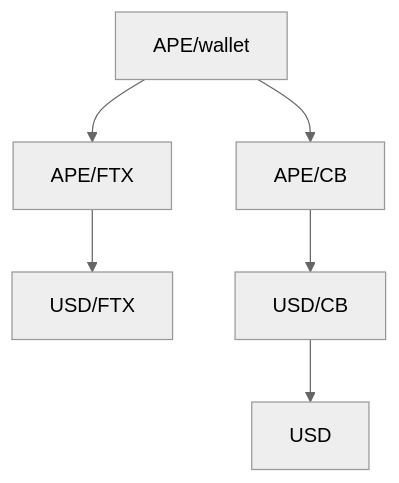
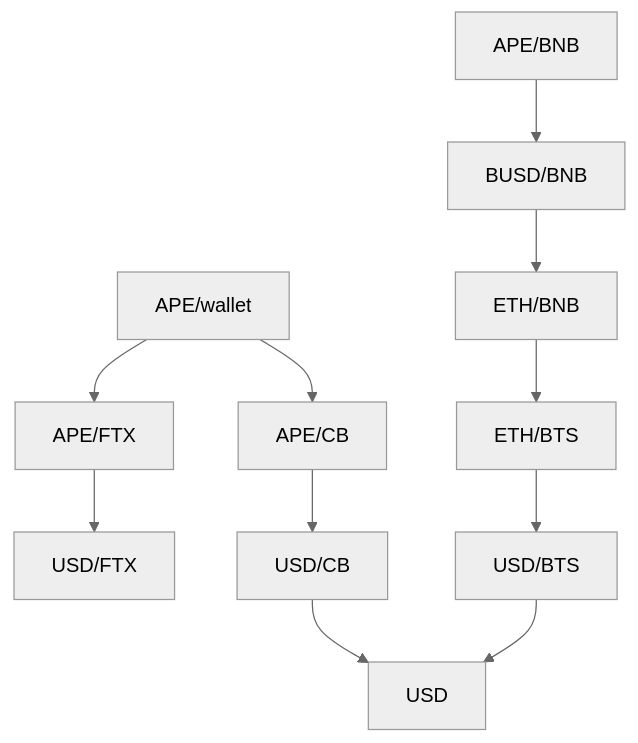
One commit to Ramzgate/sense changed the second of 2 diagrams in README.md. Above: the diagram before and after it, drawn with Mermaid (neutral theme).

````diff
--- a/README.md
+++ b/README.md
@@ -28,8 +28,13 @@
 ```mermaid
 graph TD
   G["APE/wallet"] --> H["APE/FTX"]
   H --> I["USD/FTX"]
   G --> J["APE/CB"]
   J --> K["USD/CB"]
   K --> D["USD"]
+  A["ETH/BNB"] --> B["ETH/BTS"]
+  B --> C["USD/BTS"]
+  C --> D
+  E["APE/BNB"] --> F["BUSD/BNB"]
+  F --> A
 ```
````
